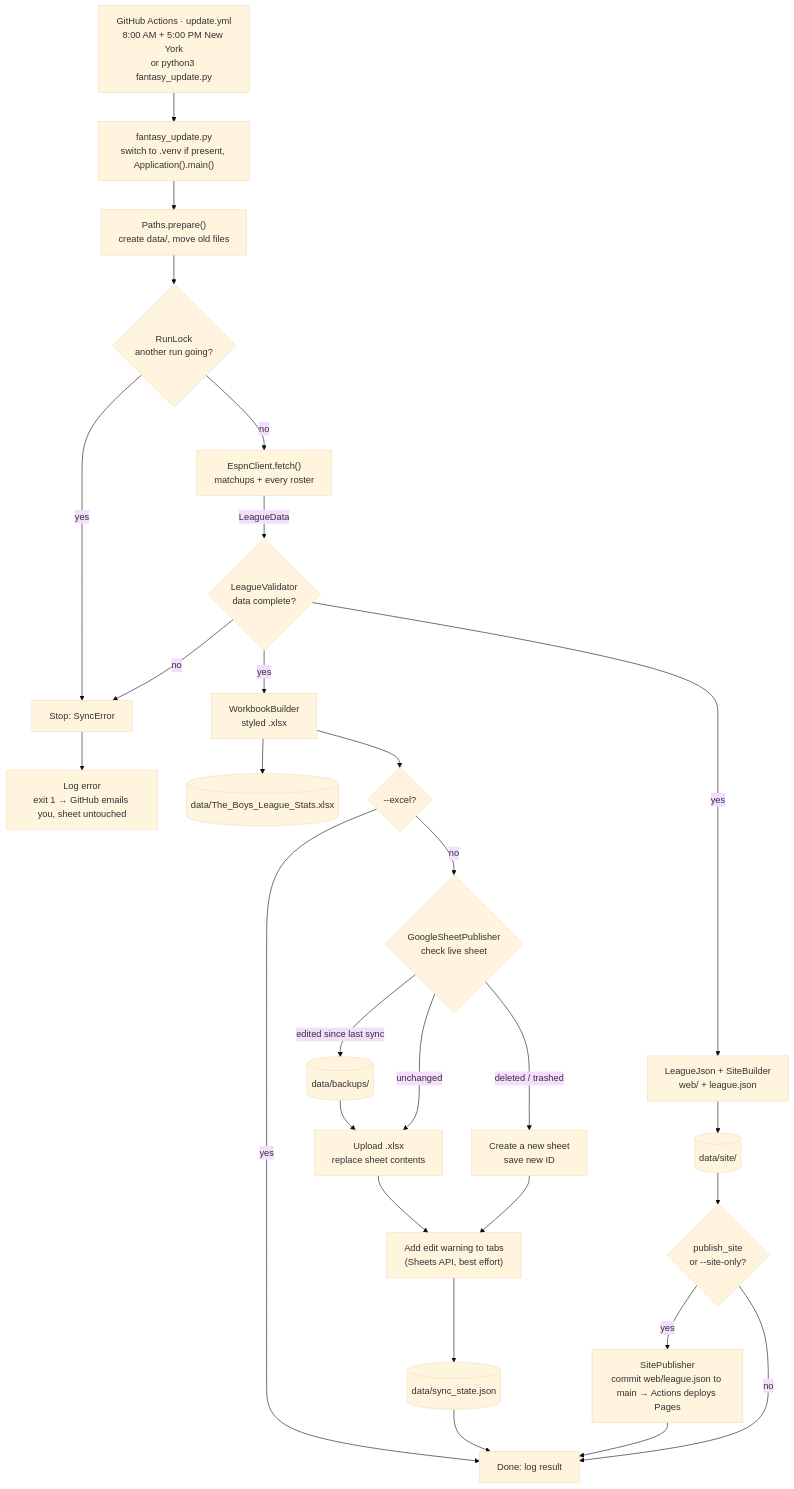
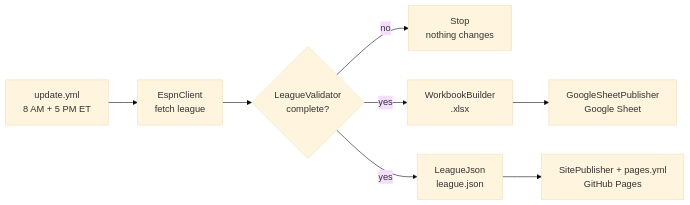
Before and after one commit to renkecui/FantasyReport: the first of 2 diagrams in docs/ARCHITECTURE.md, drawn with Mermaid (base theme). The commit also changed other lines of this file, not shown here.

First line of the commit message:
Make the architecture diagrams readable on GitHub

````diff
--- a/docs/ARCHITECTURE.md
+++ b/docs/ARCHITECTURE.md
@@ -3,30 +9,10 @@
 ```mermaid
-flowchart TD
-    S["GitHub Actions · update.yml<br/>8:00 AM + 5:00 PM New York<br/>or python3 fantasy_update.py"] --> E["fantasy_update.py<br/>switch to .venv if present, Application().main()"]
-    E --> P["Paths.prepare()<br/>create data/, move old files"]
-    P --> K{"RunLock<br/>another run going?"}
-    K -- yes --> X["Stop: SyncError"]
-    K -- no --> C["EspnClient.fetch()<br/>matchups + every roster"]
-    C -- "LeagueData" --> V{"LeagueValidator<br/>data complete?"}
-    V -- no --> X
-    V -- yes --> W["WorkbookBuilder<br/>styled .xlsx"]
-    W --> L[("data/The_Boys_League_Stats.xlsx")]
-    V -- yes --> SE["LeagueJson + SiteBuilder<br/>web/ + league.json"]
-    SE --> SD[("data/site/")]
-    SD --> SP{"publish_site<br/>or --site-only?"}
-    SP -- yes --> GP["SitePublisher<br/>commit web/league.json to main → Actions deploys Pages"]
-    SP -- no --> D
-    GP --> D
-    W --> G{"--excel?"}
-    G -- yes --> D["Done: log result"]
-    G -- no --> CK{"GoogleSheetPublisher<br/>check live sheet"}
-    CK -- "edited since last sync" --> B[("data/backups/")]
-    B --> U
-    CK -- "unchanged" --> U["Upload .xlsx<br/>replace sheet contents"]
-    CK -- "deleted / trashed" --> N["Create a new sheet<br/>save new ID"]
-    N --> PR
-    U --> PR["Add edit warning to tabs<br/>(Sheets API, best effort)"]
-    PR --> ST[("data/sync_state.json")]
-    ST --> D
-    X --> M["Log error<br/>exit 1 → GitHub emails you, sheet untouched"]
+flowchart LR
+    A["update.yml<br/>8 AM + 5 PM ET"] --> B["EspnClient<br/>fetch league"]
+    B --> C{"LeagueValidator<br/>complete?"}
+    C -- no --> X["Stop<br/>nothing changes"]
+    C -- yes --> D["WorkbookBuilder<br/>.xlsx"]
+    C -- yes --> E["LeagueJson<br/>league.json"]
+    D --> F["GoogleSheetPublisher<br/>Google Sheet"]
+    E --> G["SitePublisher + pages.yml<br/>GitHub Pages"]
 ```
````
